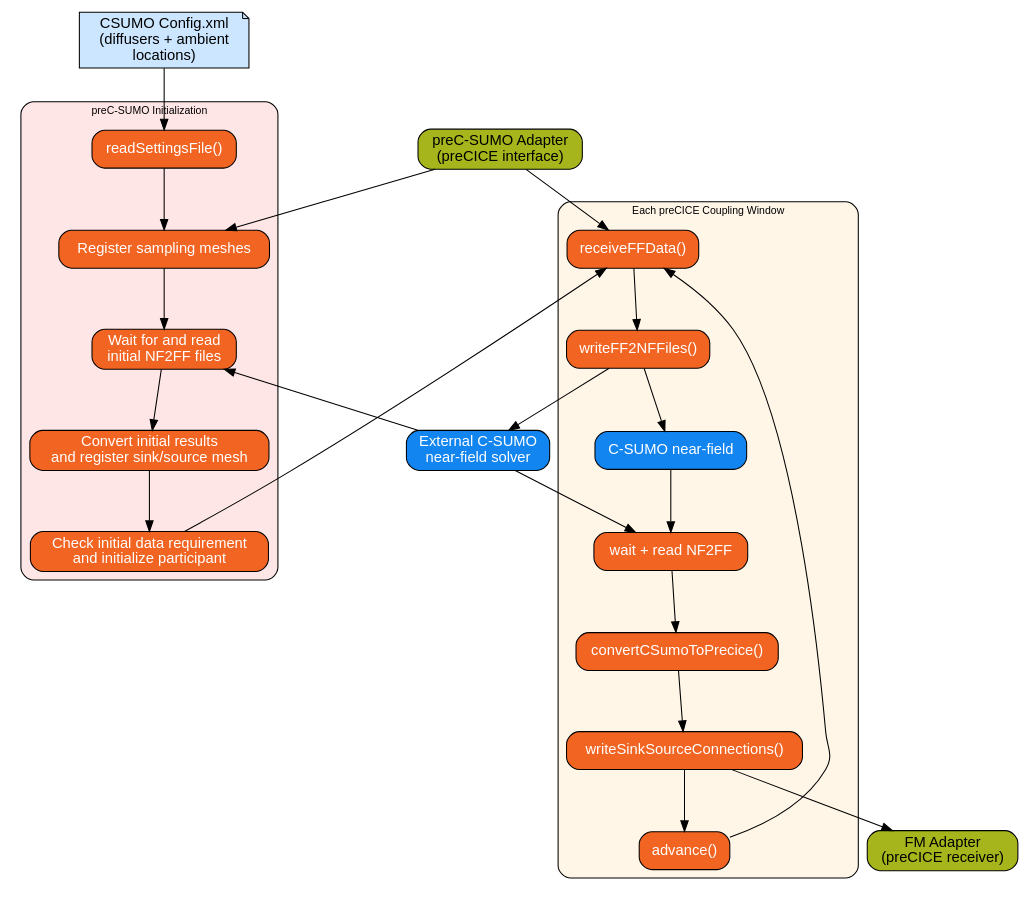
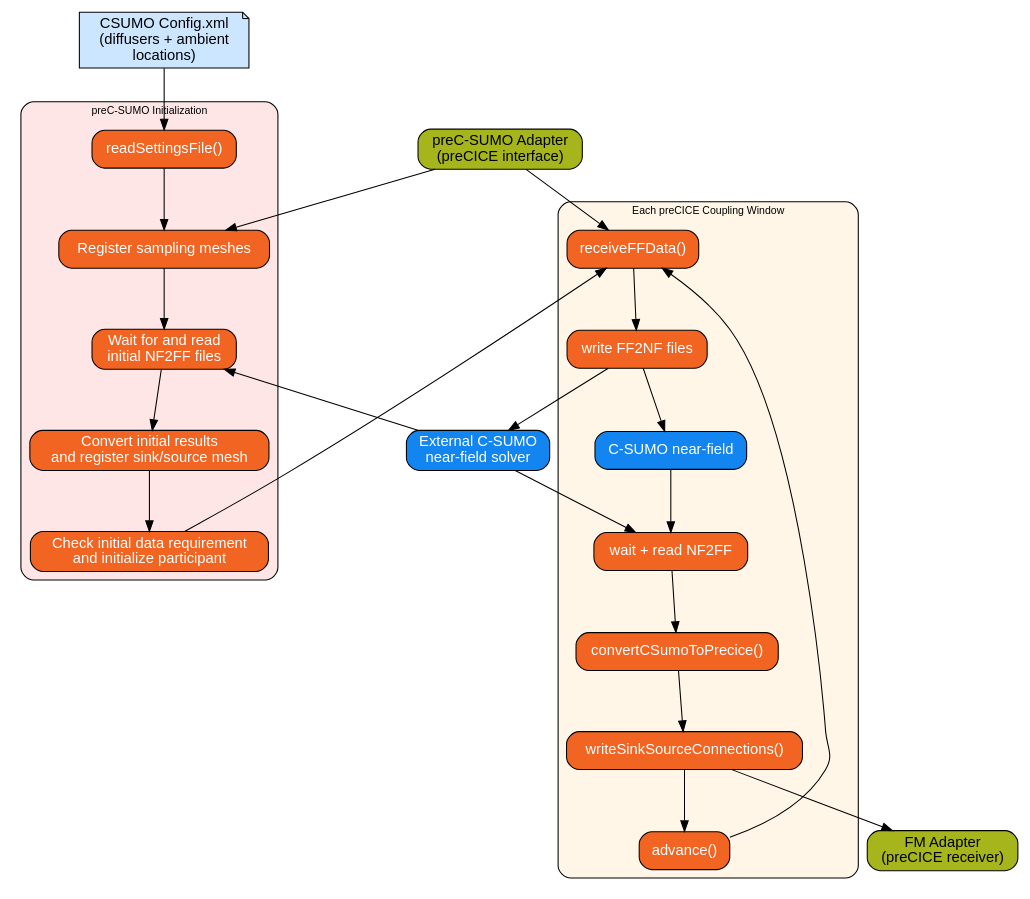
The diagram in src/tools_gpl/pre_c_sumo/docs/include/preC_SUMO_Core_Workflow.dot (Deltares/Delft3D), drawn with Graphviz before and after one commit. The commit also changed 33 other files, not shown here.

```diff
--- a/src/tools_gpl/pre_c_sumo/docs/include/preC_SUMO_Core_Workflow.dot
+++ b/src/tools_gpl/pre_c_sumo/docs/include/preC_SUMO_Core_Workflow.dot
@@ -1,97 +1,97 @@
 // Detailed workflow of preC-SUMO initialization and coupling windows
 
 digraph preCSUMOWorkflow {
 
   rankdir=TB;
   splines=true;
   nodesep=0.6;
   ranksep=0.8;
   fontname="Helvetica";
   fontsize=10;
 
   node [shape=box, style=rounded, fontname="Helvetica"];
   edge [fontname="Helvetica", fontsize=9];
 
   /* -------------------------
      Input Sources
   --------------------------*/
   CSUMOConfig [label="CSUMO Config.xml\n(diffusers + ambient\nlocations)", shape=note, fillcolor="#CCE6FF", style=filled];
   ProC_Adapter [label="preC-SUMO Adapter\n(preCICE interface)", shape=box, fillcolor="#A5B51B", style="rounded,filled"];
 
   /* -------------------------
      Initialization
   --------------------------*/
   subgraph cluster_workflow {
     label="preC-SUMO Initialization";
     style="rounded,filled";
     fillcolor="#FFE6E6";
 
     task1 [label="readSettingsFile()", shape=box, fillcolor="#F26422", fontcolor="white", style="rounded,filled", URL="\\ref pre_c_sumo_read_csumo_settings_file", tooltip="Open readSettingsFile docs"];
 
     task2 [label="Register sampling meshes", shape=box, fillcolor="#F26422", fontcolor="white", style="rounded,filled"];
 
     task3 [label="Wait for and read\ninitial NF2FF files", shape=box, fillcolor="#F26422", fontcolor="white", style="rounded,filled", URL="\\ref pre_c_sumo_read_nf2ff", tooltip="Read initial NF2FF data before participant initialization"];
 
     task4 [label="Convert initial results\nand register sink/source mesh", shape=box, fillcolor="#F26422", fontcolor="white", style="rounded,filled", URL="\\ref pre_c_sumo_convert_nf_to_sink_source_connections", tooltip="Determine initial sink/source mesh from NF2FF data"];
 
     task5 [label="Check initial data requirement\nand initialize participant", shape=box, fillcolor="#F26422", fontcolor="white", style="rounded,filled"];
 
     task1 -> task2;
     task2 -> task3;
     task3 -> task4;
     task4 -> task5;
   }
 
   /* -------------------------
      Coupling Window
   --------------------------*/
   subgraph cluster_coupling {
     label="Each preCICE Coupling Window";
     style="rounded,filled";
     fillcolor="#FFF6E8";
 
     task6 [label="receiveFFData()", shape=box, fillcolor="#F26422", fontcolor="white", style="rounded,filled", URL="\\ref pre_c_sumo_receive_ff_data", tooltip="Open receiveFFData docs"];
 
-    task7 [label="writeFF2NFFiles()", shape=box, fillcolor="#F26422", fontcolor="white", style="rounded,filled", URL="\\ref pre_c_sumo_write_ff2nf", tooltip="Open writeFF2NFFiles docs"];
+    task7 [label="write FF2NF files", shape=box, fillcolor="#F26422", fontcolor="white", style="rounded,filled", URL="\\ref pre_c_sumo_write_ff2nf", tooltip="Open FF2NFWriter::write docs"];
 
     task8 [label="C-SUMO near-field", shape=box, fillcolor="#1285f0", fontcolor="white", style="rounded,filled", URL="\\ref pre_c_sumo_write_ff2nf", tooltip="FF2NF to NF2FF exchange"];
 
     task9 [label="wait + read NF2FF", shape=box, fillcolor="#F26422", fontcolor="white", style="rounded,filled", URL="\\ref pre_c_sumo_read_nf2ff", tooltip="Open NF2FF read docs"];
 
     task10 [label="convertCSumoToPrecice()", shape=box, fillcolor="#F26422", fontcolor="white", style="rounded,filled", URL="\\ref pre_c_sumo_convert_nf_to_sink_source_connections", tooltip="Open conversion docs"];
 
     task11 [label="writeSinkSourceConnections()", shape=box, fillcolor="#F26422", fontcolor="white", style="rounded,filled", URL="\\ref pre_c_sumo_sink_source_connections_write_to_precice", tooltip="Open writeSinkSourceConnections docs"];
 
     task12 [label="advance()", shape=box, fillcolor="#F26422", fontcolor="white", style="rounded,filled"];
 
     task6 -> task7;
     task7 -> task8;
     task8 -> task9;
     task9 -> task10;
     task10 -> task11;
     task11 -> task12;
     task12 -> task6 [constraint=false];
   }
   task5 -> task6;
 
   /* -------------------------
      Output
   --------------------------*/
   FMAdapter [label="FM Adapter\n(preCICE receiver)", shape=box, fillcolor="#A5B51B", style="rounded,filled"];
 
   /* -------------------------
      Data Flow
   --------------------------*/
   CSUMOConfig -> task1;
   ProC_Adapter -> task2;
   ProC_Adapter -> task6;
   task11 -> FMAdapter;
   ExtCSUMO -> task3;
   ExtCSUMO -> task9;
 
   /* -------------------------
      External Coupling
   --------------------------*/
   ExtCSUMO [label="External C-SUMO\nnear-field solver", shape=box, fillcolor="#1285f0", fontcolor="white", style="rounded,filled"];
   task7 -> ExtCSUMO;
 }
```
